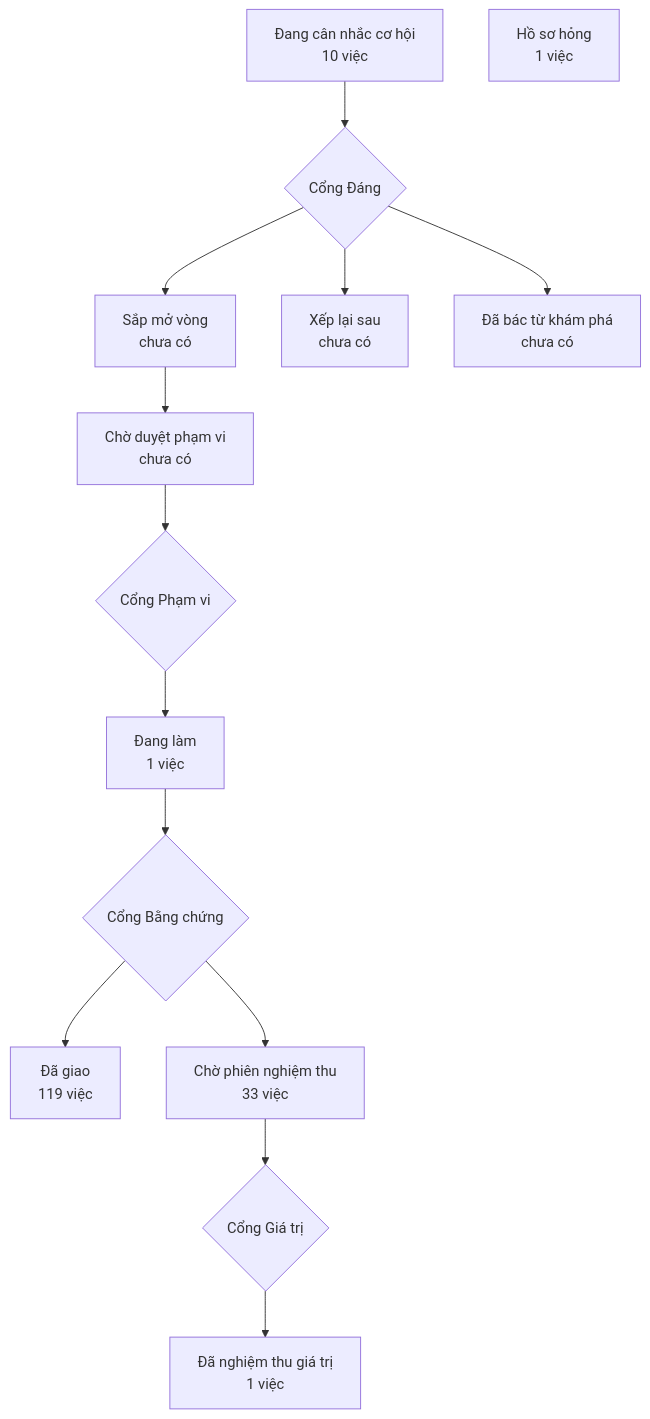
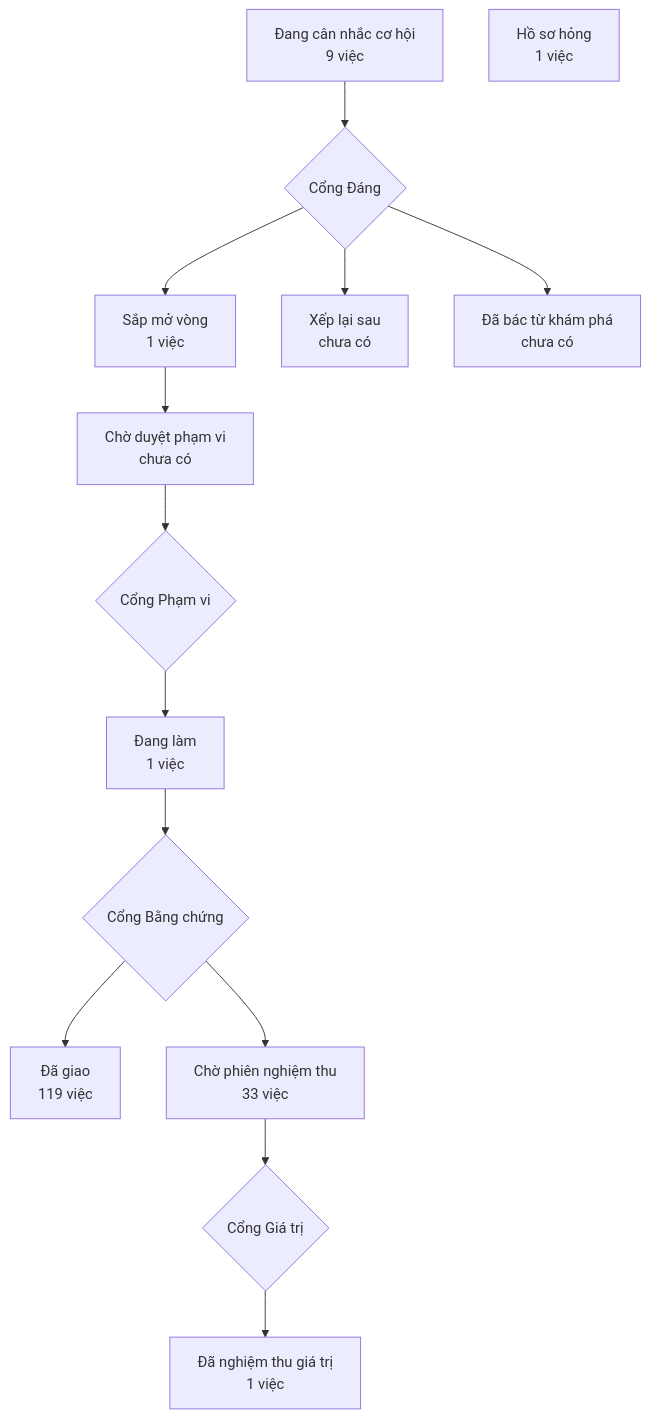
Before and after one commit to phanlemanh/crm-onehub: the diagram in PRODUCT-MAP.md, drawn with Mermaid. The commit also changed other lines of this file and 2 other files, not shown here.

Commit message:
docs: Cổng Đáng okr-to-chuc-va — build (Phan Le Manh)

````diff
--- a/PRODUCT-MAP.md
+++ b/PRODUCT-MAP.md
@@ -7,13 +7,13 @@
 ```mermaid
 flowchart TD
-  A["Đang cân nhắc cơ hội<br/>10 việc"] --> GD{"Cổng Đáng"}
-  GD --> B["Sắp mở vòng<br/>chưa có"]
+  A["Đang cân nhắc cơ hội<br/>9 việc"] --> GD{"Cổng Đáng"}
+  GD --> B["Sắp mở vòng<br/>1 việc"]
   GD --> XL["Xếp lại sau<br/>chưa có"]
   GD --> DB["Đã bác từ khám phá<br/>chưa có"]
   B --> CD["Chờ duyệt phạm vi<br/>chưa có"] --> GP{"Cổng Phạm vi"}
   GP --> DL["Đang làm<br/>1 việc"] --> GB{"Cổng Bằng chứng"}
   GB --> DG["Đã giao<br/>119 việc"]
   GB --> CN["Chờ phiên nghiệm thu<br/>33 việc"] --> GG{"Cổng Giá trị"}
   GG --> NT["Đã nghiệm thu giá trị<br/>1 việc"]
   HS["Hồ sơ hỏng<br/>1 việc"]
 ```
````
